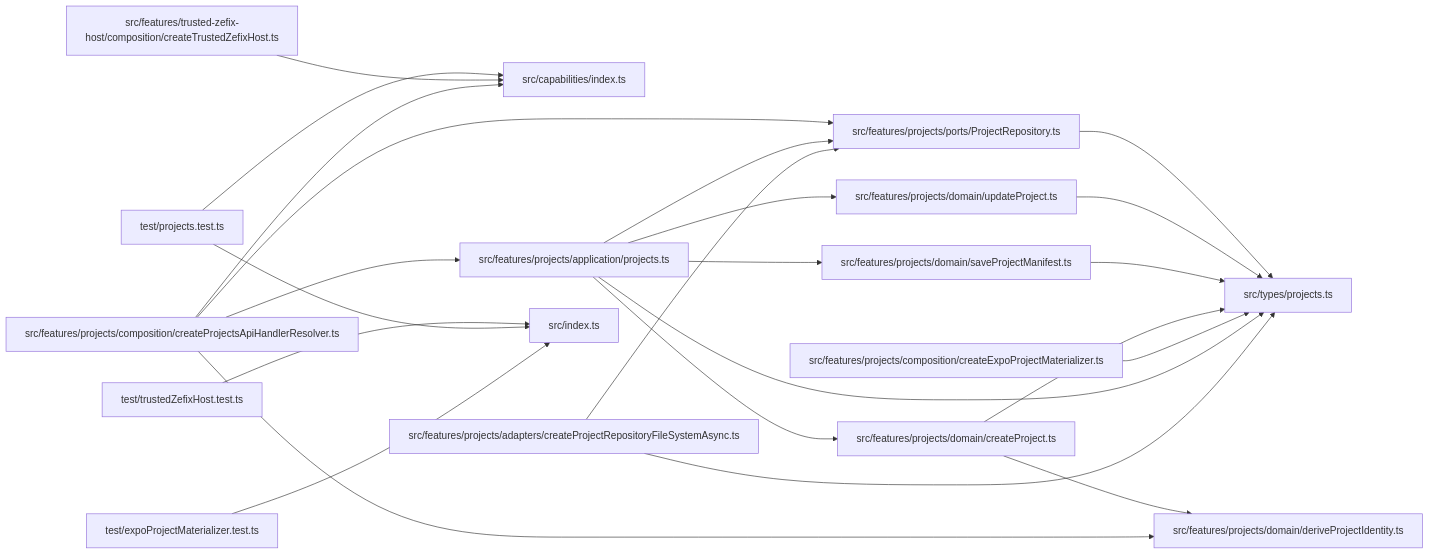
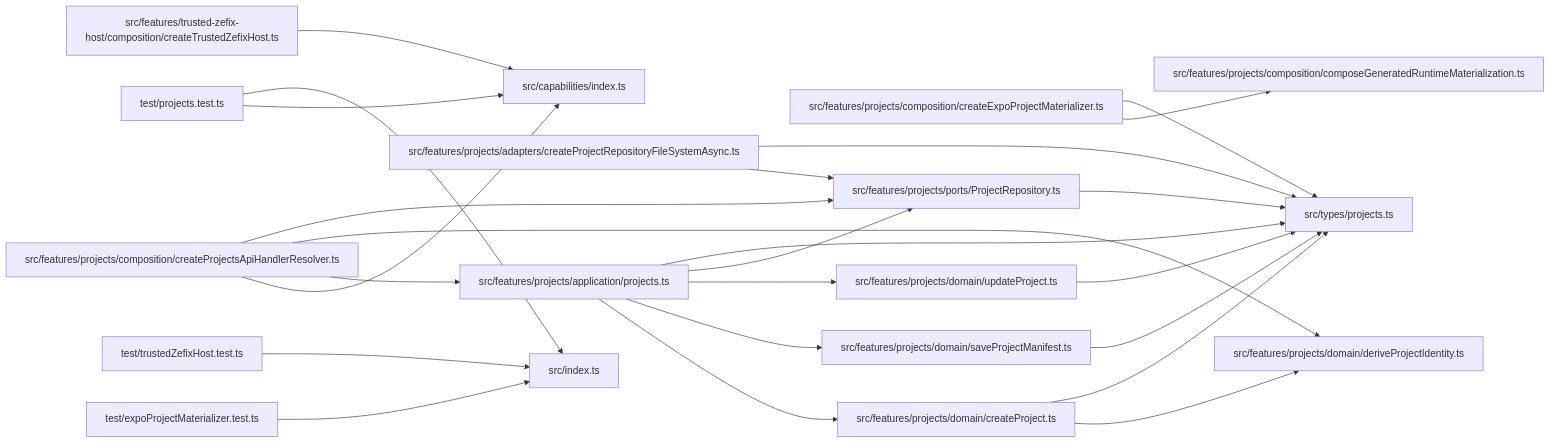
Before and after one commit to ankhorage/projects: the diagram in paradox/diagrams/module-relationships.mmd, drawn with Mermaid. The commit also changed 12 other files, not shown here.

```diff
--- a/paradox/diagrams/module-relationships.mmd
+++ b/paradox/diagrams/module-relationships.mmd
@@ -1,39 +1,41 @@
 graph LR
   module_src_capabilities_index_ts["src/capabilities/index.ts"]
   module_src_features_projects_adapters_createProjectRepositoryFileSystemAsync_ts["src/features/projects/adapters/createProjectRepositoryFileSystemAsync.ts"]
   module_src_features_projects_application_projects_ts["src/features/projects/application/projects.ts"]
+  module_src_features_projects_composition_composeGeneratedRuntimeMaterialization_ts["src/features/projects/composition/composeGeneratedRuntimeMaterialization.ts"]
   module_src_features_projects_composition_createExpoProjectMaterializer_ts["src/features/projects/composition/createExpoProjectMaterializer.ts"]
   module_src_features_projects_composition_createProjectsApiHandlerResolver_ts["src/features/projects/composition/createProjectsApiHandlerResolver.ts"]
   module_src_features_projects_domain_createProject_ts["src/features/projects/domain/createProject.ts"]
   module_src_features_projects_domain_deriveProjectIdentity_ts["src/features/projects/domain/deriveProjectIdentity.ts"]
   module_src_features_projects_domain_saveProjectManifest_ts["src/features/projects/domain/saveProjectManifest.ts"]
   module_src_features_projects_domain_updateProject_ts["src/features/projects/domain/updateProject.ts"]
   module_src_features_projects_ports_ProjectRepository_ts["src/features/projects/ports/ProjectRepository.ts"]
   module_src_features_trusted_zefix_host_composition_createTrustedZefixHost_ts["src/features/trusted-zefix-host/composition/createTrustedZefixHost.ts"]
   module_src_index_ts["src/index.ts"]
   module_src_types_projects_ts["src/types/projects.ts"]
   module_test_expoProjectMaterializer_test_ts["test/expoProjectMaterializer.test.ts"]
   module_test_projects_test_ts["test/projects.test.ts"]
   module_test_trustedZefixHost_test_ts["test/trustedZefixHost.test.ts"]
   module_src_features_projects_adapters_createProjectRepositoryFileSystemAsync_ts --> module_src_features_projects_ports_ProjectRepository_ts
   module_src_features_projects_adapters_createProjectRepositoryFileSystemAsync_ts --> module_src_types_projects_ts
   module_src_features_projects_application_projects_ts --> module_src_features_projects_domain_createProject_ts
   module_src_features_projects_application_projects_ts --> module_src_features_projects_domain_saveProjectManifest_ts
   module_src_features_projects_application_projects_ts --> module_src_features_projects_domain_updateProject_ts
   module_src_features_projects_application_projects_ts --> module_src_features_projects_ports_ProjectRepository_ts
   module_src_features_projects_application_projects_ts --> module_src_types_projects_ts
+  module_src_features_projects_composition_createExpoProjectMaterializer_ts --> module_src_features_projects_composition_composeGeneratedRuntimeMaterialization_ts
   module_src_features_projects_composition_createExpoProjectMaterializer_ts --> module_src_types_projects_ts
   module_src_features_projects_composition_createProjectsApiHandlerResolver_ts --> module_src_capabilities_index_ts
   module_src_features_projects_composition_createProjectsApiHandlerResolver_ts --> module_src_features_projects_application_projects_ts
   module_src_features_projects_composition_createProjectsApiHandlerResolver_ts --> module_src_features_projects_domain_deriveProjectIdentity_ts
   module_src_features_projects_composition_createProjectsApiHandlerResolver_ts --> module_src_features_projects_ports_ProjectRepository_ts
   module_src_features_projects_domain_createProject_ts --> module_src_features_projects_domain_deriveProjectIdentity_ts
   module_src_features_projects_domain_createProject_ts --> module_src_types_projects_ts
   module_src_features_projects_domain_saveProjectManifest_ts --> module_src_types_projects_ts
   module_src_features_projects_domain_updateProject_ts --> module_src_types_projects_ts
   module_src_features_projects_ports_ProjectRepository_ts --> module_src_types_projects_ts
   module_src_features_trusted_zefix_host_composition_createTrustedZefixHost_ts --> module_src_capabilities_index_ts
   module_test_expoProjectMaterializer_test_ts --> module_src_index_ts
   module_test_projects_test_ts --> module_src_capabilities_index_ts
   module_test_projects_test_ts --> module_src_index_ts
   module_test_trustedZefixHost_test_ts --> module_src_index_ts
```
